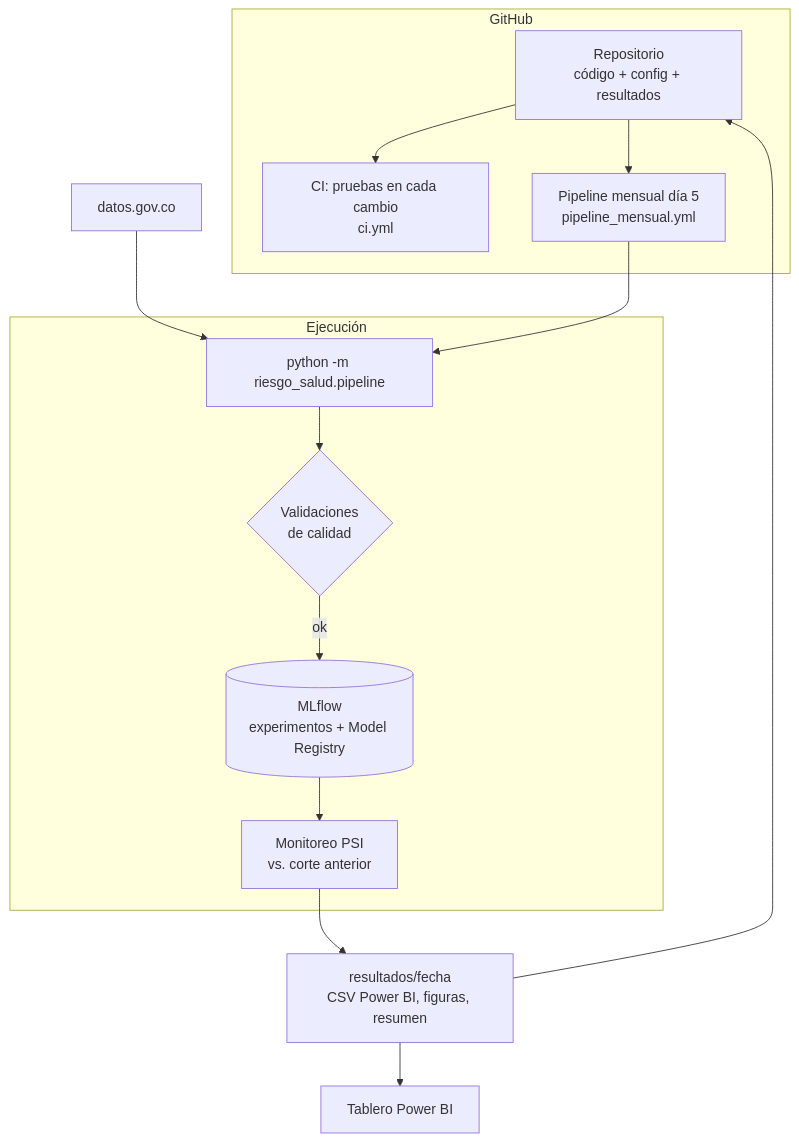
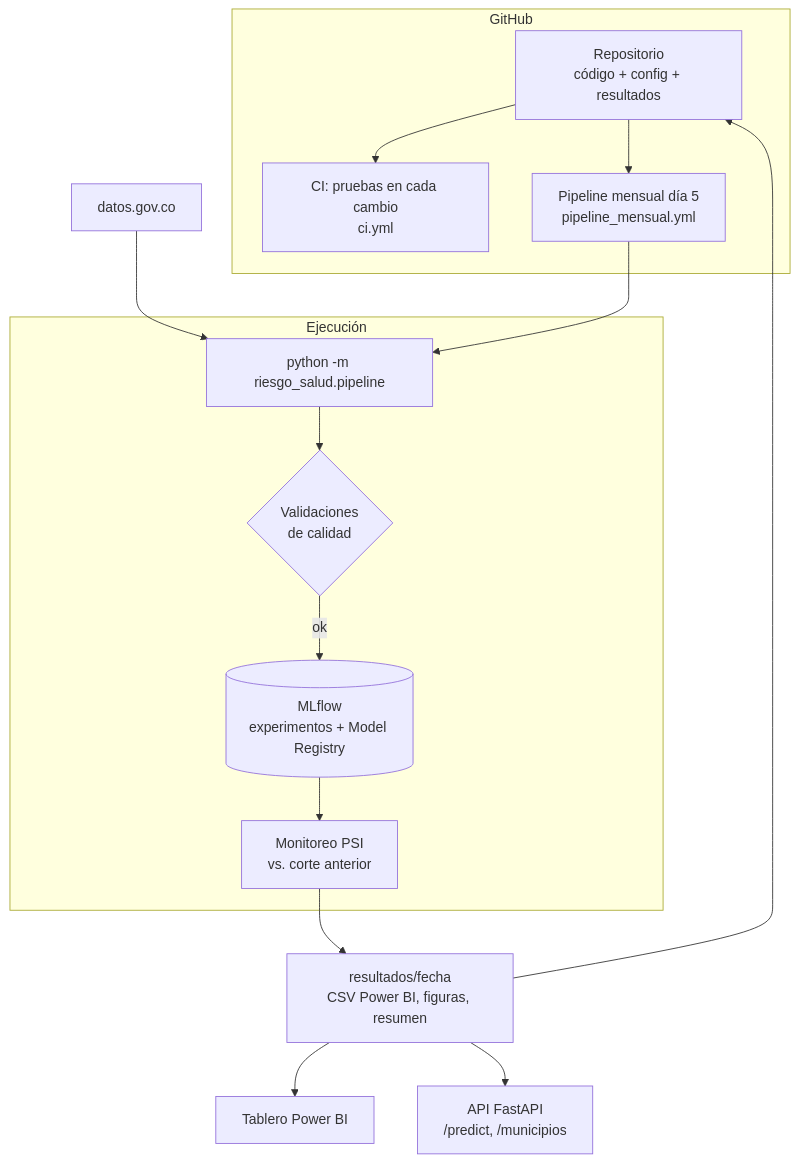
One commit to DABO-lab/riesgo-acceso-salud changed the diagram in docs/arquitectura_mlops.md. Above: the diagram before and after it, drawn with Mermaid. The commit also changed other lines of this file and 4 other files, not shown here.

````diff
--- a/docs/arquitectura_mlops.md
+++ b/docs/arquitectura_mlops.md
@@ -3,21 +3,22 @@
 ```mermaid
 flowchart TB
     subgraph GitHub
         R[Repositorio<br/>código + config + resultados]
         CI[CI: pruebas en cada cambio<br/>ci.yml]
         M[Pipeline mensual día 5<br/>pipeline_mensual.yml]
     end
     subgraph Ejecución
         P[python -m riesgo_salud.pipeline]
         V{Validaciones<br/>de calidad}
         ML[(MLflow<br/>experimentos + Model Registry)]
         MON[Monitoreo PSI<br/>vs. corte anterior]
     end
     API[datos.gov.co] --> P
     R --> CI
     R --> M --> P --> V
     V -- ok --> ML --> MON
     MON --> OUT[resultados/fecha<br/>CSV Power BI, figuras, resumen]
     OUT --> R
     OUT --> PBI[Tablero Power BI]
+    OUT --> SVC[API FastAPI<br/>/predict, /municipios]
 ```
````
